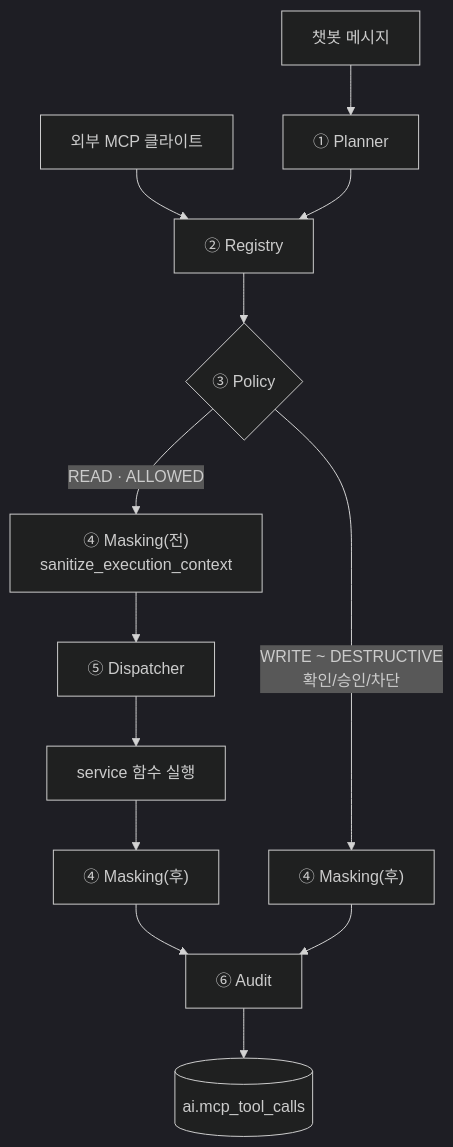
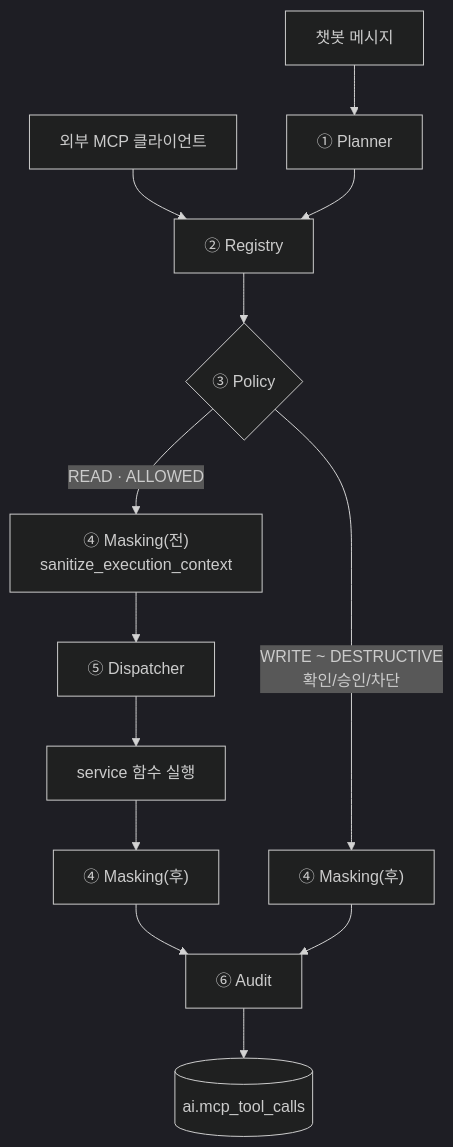
One commit to FISA-Agri-Pay/mcp-aiops-backend changed the second of 4 diagrams in README.md. Above: the diagram before and after it, drawn with Mermaid (dark theme). The commit also changed other lines of this file and 1 other file, not shown here.

````diff
--- a/README.md
+++ b/README.md
@@ -151,19 +143,19 @@
 ```mermaid
 flowchart TD
     CHAT["챗봇 메시지"] --> PLANNER
-    MCPCLIENT["외부 MCP 클라이트"] --> REGISTRY
+    MCPCLIENT["외부 MCP 클라이언트"] --> REGISTRY
 
     PLANNER["① Planner"] --> REGISTRY["② Registry"]
     REGISTRY --> POLICY{"③ Policy"}
 
     POLICY -->|"READ · ALLOWED"| SANITIZE["④ Masking(전)<br/>sanitize_execution_context"]
     SANITIZE --> DISPATCH["⑤ Dispatcher"]
     DISPATCH --> SERVICE["service 함수 실행"]
     SERVICE --> MASKRES["④ Masking(후)"]
 
     POLICY -->|"WRITE ~ DESTRUCTIVE<br/>확인/승인/차단"| MASKPREVIEW["④ Masking(후)"]
 
     MASKRES --> AUDIT["⑥ Audit"]
     MASKPREVIEW --> AUDIT
     AUDIT --> DB[("ai.mcp_tool_calls")]
 ```
````
